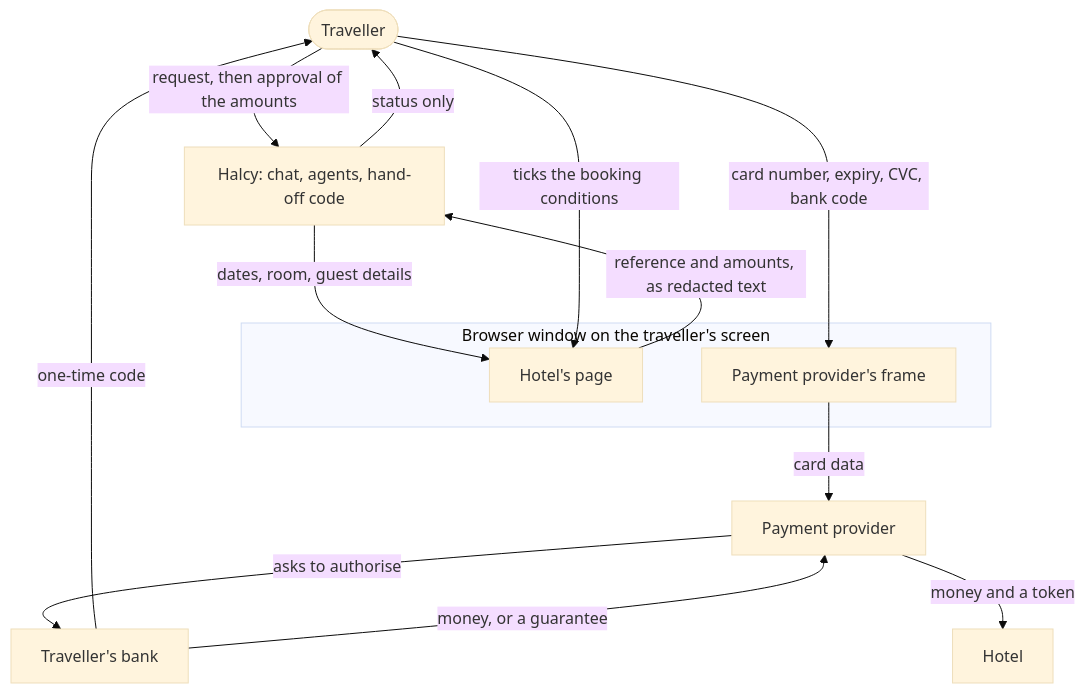
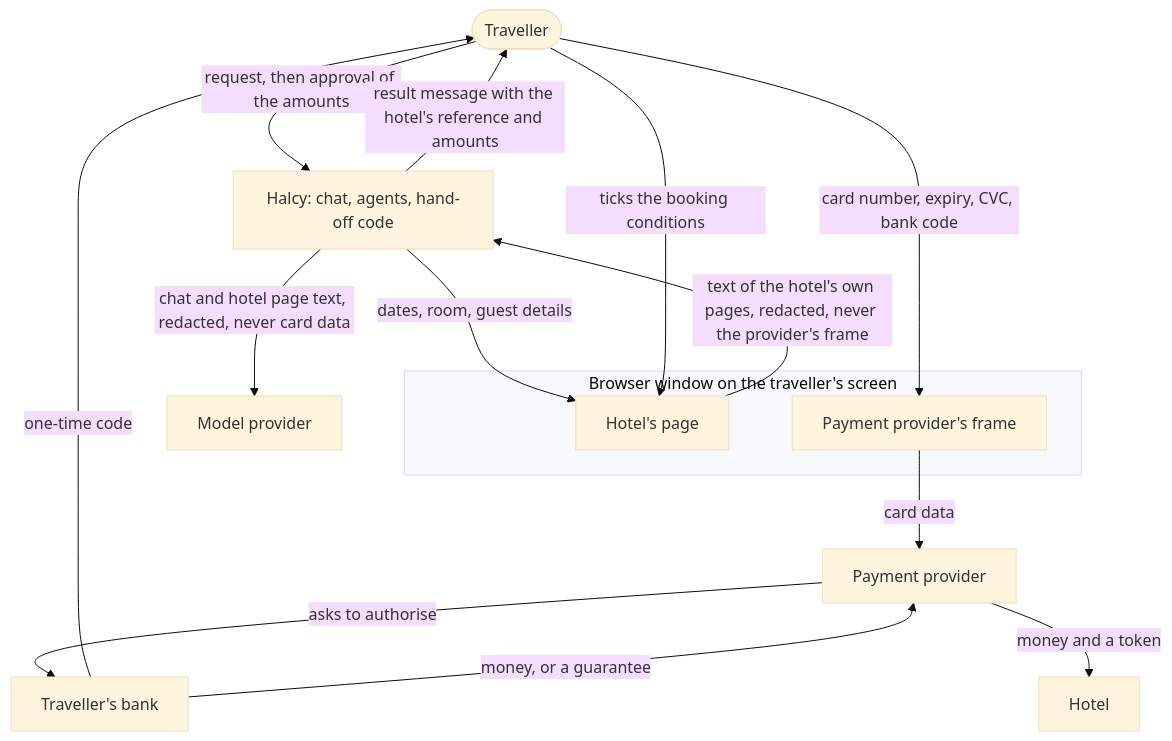
One commit to erikjin12345/halcy-case changed the second of 2 diagrams in docs/design.md. Above: the diagram before and after it, drawn with Mermaid (base theme). The commit also changed other lines of this file, not shown here.

````diff
--- a/docs/design.md
+++ b/docs/design.md
@@ -118,23 +121,24 @@
 ```mermaid
 flowchart TB
   T([Traveller])
   A["Halcy: chat, agents, hand-off code"]
   subgraph W["Browser window on the traveller's screen"]
     HP["Hotel's page"]
     PF["Payment provider's frame"]
   end
   PSP[Payment provider]
   BANK["Traveller's bank"]
   HOTEL[Hotel]
   T -- "request, then approval of the amounts" --> A
   A -- "dates, room, guest details" --> HP
   T -- "card number, expiry, CVC, bank code" --> PF
   T -- "ticks the booking conditions" --> HP
   PF -- "card data" --> PSP
   PSP -- "asks to authorise" --> BANK
   BANK -- "one-time code" --> T
   BANK -- "money, or a guarantee" --> PSP
   PSP -- "money and a token" --> HOTEL
-  HP -- "reference and amounts, as redacted text" --> A
-  A -- "status only" --> T
+  HP -- "text of the hotel's own pages, redacted, never the provider's frame" --> A
+  A -- "result message with the hotel's reference and amounts" --> T
+  A -- "chat and hotel page text, redacted, never card data" --> M[Model provider]
 ```
````
